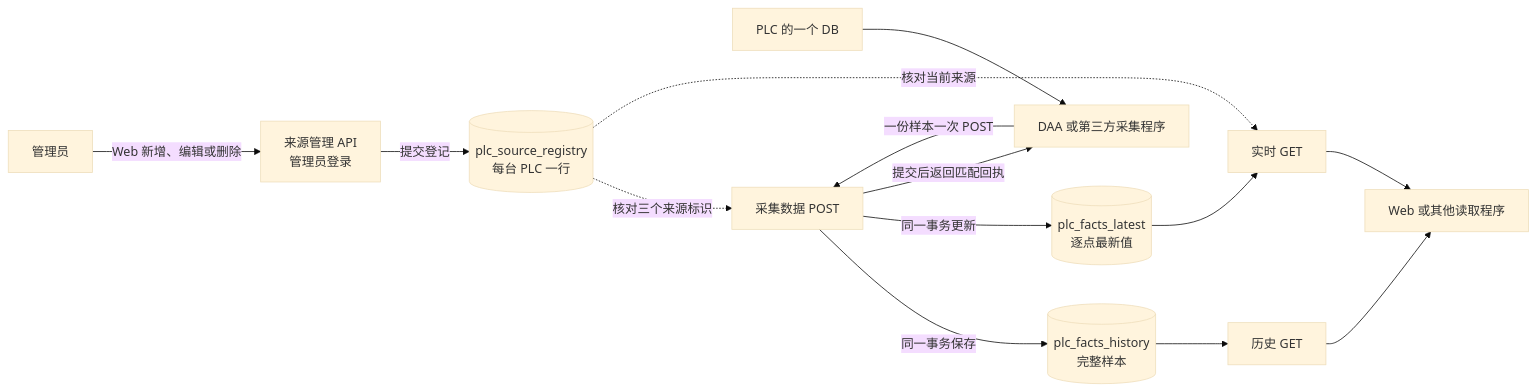
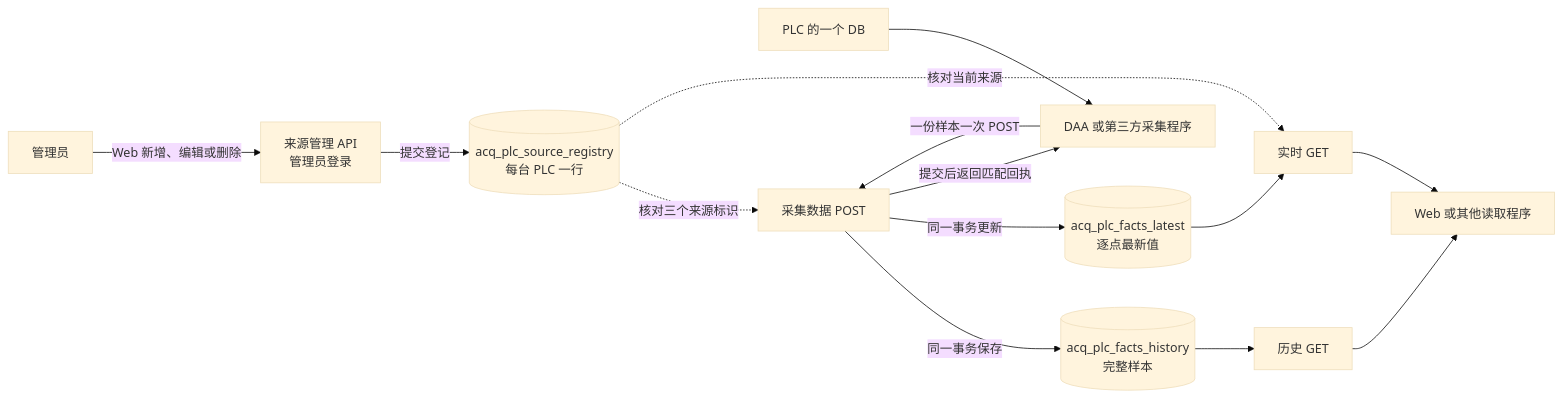
One commit to jasonbu163/aiis-ics-arch changed the diagram in docs/acquisition-data-guide.zh-CN.md. Above: the diagram before and after it, drawn with Mermaid (base theme). The commit also changed other lines of this file and 262 other files, not shown here.

Commit message:
Update project governance and architecture documentation

````diff
--- a/docs/acquisition-data-guide.zh-CN.md
+++ b/docs/acquisition-data-guide.zh-CN.md
@@ -11,16 +11,16 @@
 ```mermaid
 flowchart LR
     Admin["管理员"] -->|"Web 新增、编辑或删除"| Manage["来源管理 API<br/>管理员登录"]
-    Manage -->|"提交登记"| Registry[("plc_source_registry<br/>每台 PLC 一行")]
+    Manage -->|"提交登记"| Registry[("acq_plc_source_registry<br/>每台 PLC 一行")]
     PLC["PLC 的一个 DB"] --> Sender["DAA 或第三方采集程序"]
     Sender -->|"一份样本一次 POST"| Write["采集数据 POST"]
     Registry -.->|"核对三个来源标识"| Write
-    Write -->|"同一事务保存"| History[("plc_facts_history<br/>完整样本")]
-    Write -->|"同一事务更新"| Latest[("plc_facts_latest<br/>逐点最新值")]
+    Write -->|"同一事务保存"| History[("acq_plc_facts_history<br/>完整样本")]
+    Write -->|"同一事务更新"| Latest[("acq_plc_facts_latest<br/>逐点最新值")]
     Write -->|"提交后返回匹配回执"| Sender
     Registry -.->|"核对当前来源"| Realtime["实时 GET"]
     Latest --> Realtime
     History --> Historical["历史 GET"]
     Realtime --> Viewer["Web 或其他读取程序"]
     Historical --> Viewer
 ```
````
